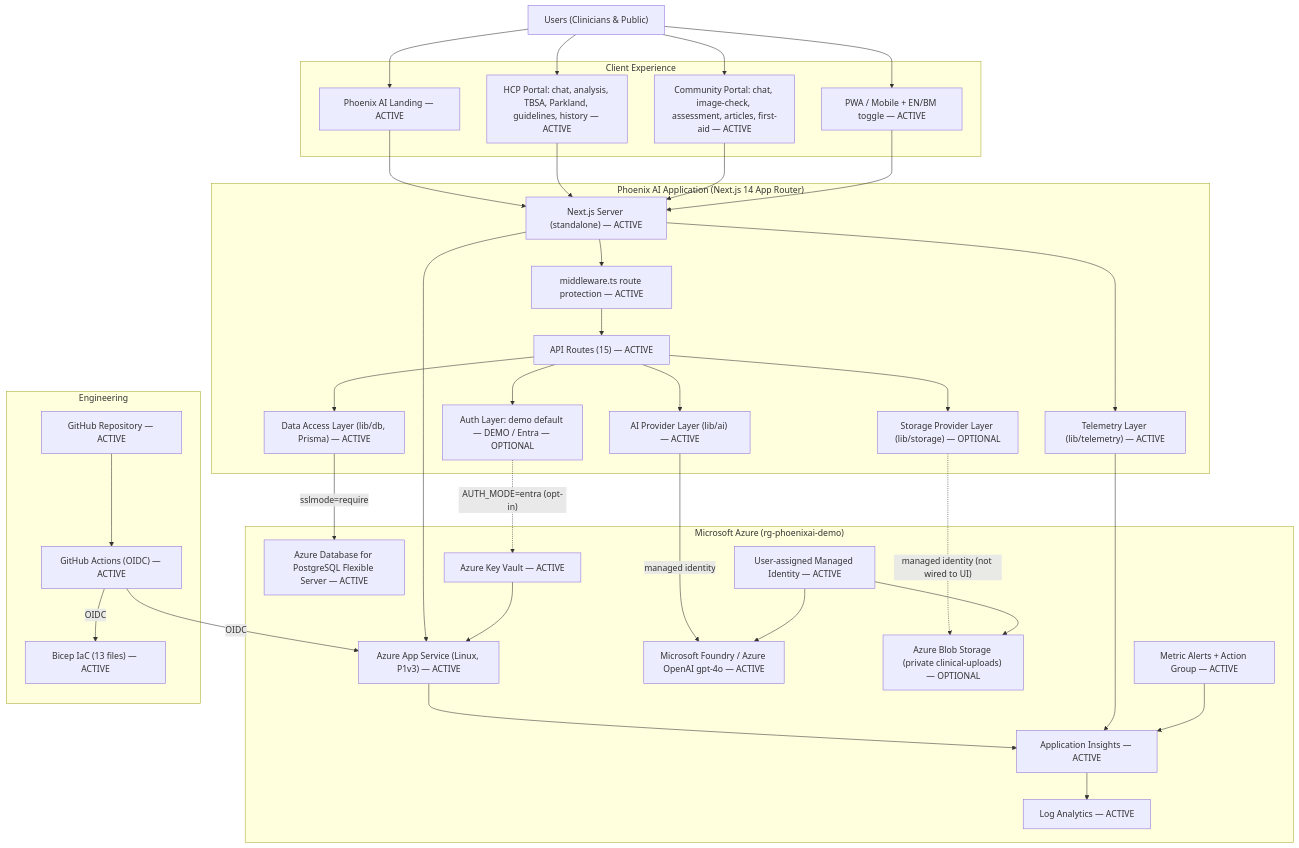
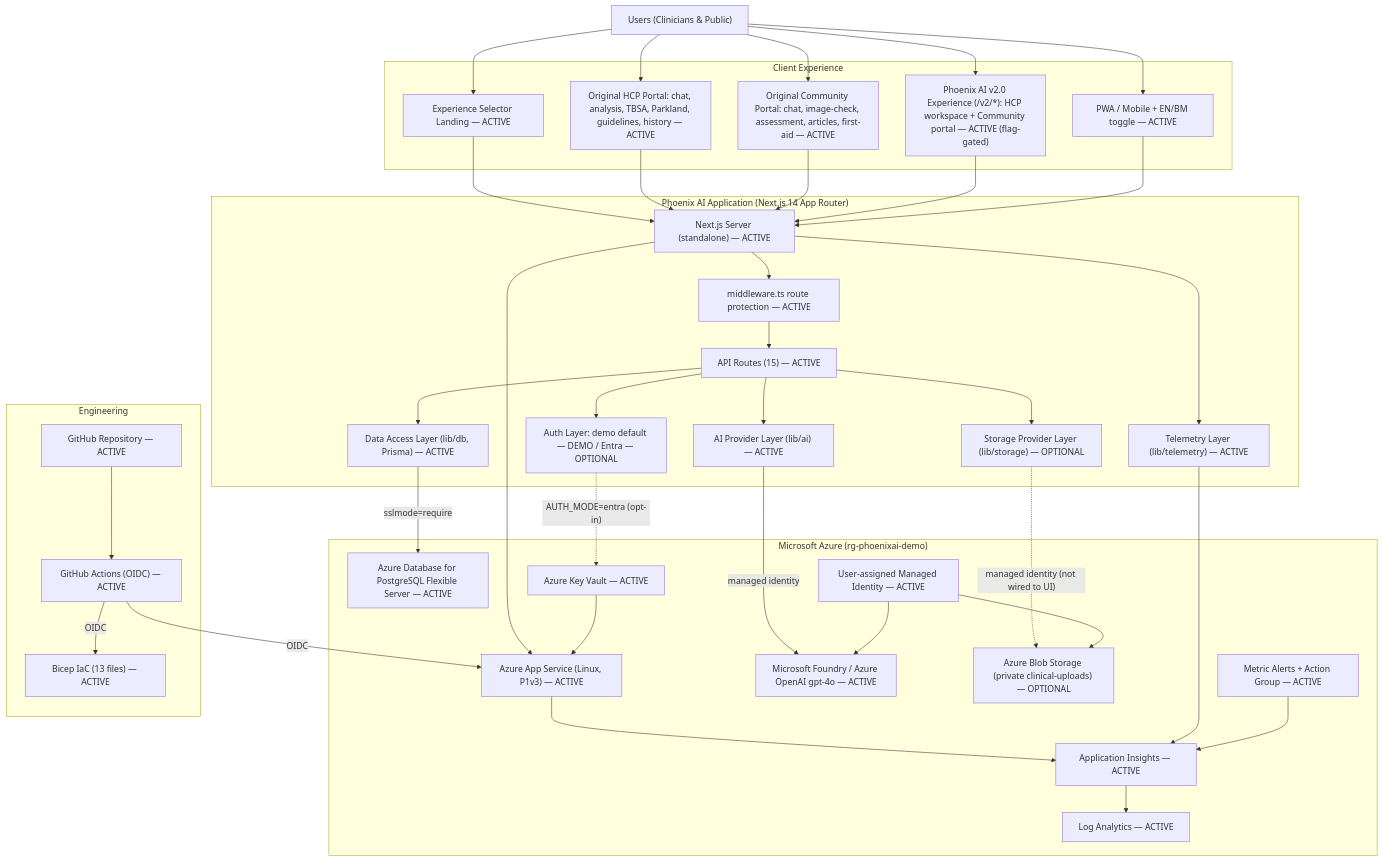
Before and after one commit to polyfuze4336-bot/phoenix-ai-azure: the diagram in docs/architecture/diagrams/current-architecture.mmd, drawn with Mermaid. The commit also changed 64 other files, not shown here.

Commit message:
feat: introduce Phoenix AI v2 enhanced experience while preserving original

```diff
--- a/docs/architecture/diagrams/current-architecture.mmd
+++ b/docs/architecture/diagrams/current-architecture.mmd
@@ -1,78 +1,81 @@
 %% Phoenix AI — Current (AS-IS) high-level architecture
 %% Source of truth: repository at HEAD + live Azure environment (rg-phoenixai-demo, southeastasia).
 %% Annotations: ACTIVE = implemented & in use, DEMO = mock/fictional, OPTIONAL = configured but not wired to UI,
 %% LEGACY = retained-for-parity/not runtime, PLANNED = not implemented.
 flowchart TB
     Users["Users (Clinicians & Public)"]
 
     subgraph CLIENT["Client Experience"]
-        Landing["Phoenix AI Landing — ACTIVE"]
-        HCP["HCP Portal: chat, analysis, TBSA, Parkland, guidelines, history — ACTIVE"]
-        Community["Community Portal: chat, image-check, assessment, articles, first-aid — ACTIVE"]
+        Landing["Experience Selector Landing — ACTIVE"]
+        HCP["Original HCP Portal: chat, analysis, TBSA, Parkland, guidelines, history — ACTIVE"]
+        Community["Original Community Portal: chat, image-check, assessment, articles, first-aid — ACTIVE"]
+        V2["Phoenix AI v2.0 Experience (/v2/*): HCP workspace + Community portal — ACTIVE (flag-gated)"]
         PWA["PWA / Mobile + EN/BM toggle — ACTIVE"]
     end
 
     subgraph APP["Phoenix AI Application (Next.js 14 App Router)"]
         Next["Next.js Server (standalone) — ACTIVE"]
         MW["middleware.ts route protection — ACTIVE"]
         API["API Routes (15) — ACTIVE"]
         Auth["Auth Layer: demo default — DEMO / Entra — OPTIONAL"]
         AIProvider["AI Provider Layer (lib/ai) — ACTIVE"]
         Data["Data Access Layer (lib/db, Prisma) — ACTIVE"]
         Storage["Storage Provider Layer (lib/storage) — OPTIONAL"]
         Telemetry["Telemetry Layer (lib/telemetry) — ACTIVE"]
     end
 
     subgraph AZURE["Microsoft Azure (rg-phoenixai-demo)"]
         AppService["Azure App Service (Linux, P1v3) — ACTIVE"]
         Foundry["Microsoft Foundry / Azure OpenAI gpt-4o — ACTIVE"]
         PostgreSQL["Azure Database for PostgreSQL Flexible Server — ACTIVE"]
         Blob["Azure Blob Storage (private clinical-uploads) — OPTIONAL"]
         KV["Azure Key Vault — ACTIVE"]
         MI["User-assigned Managed Identity — ACTIVE"]
         Insights["Application Insights — ACTIVE"]
         Logs["Log Analytics — ACTIVE"]
         Alerts["Metric Alerts + Action Group — ACTIVE"]
     end
 
     subgraph DEVOPS["Engineering"]
         GitHub["GitHub Repository — ACTIVE"]
         Actions["GitHub Actions (OIDC) — ACTIVE"]
         Bicep["Bicep IaC (13 files) — ACTIVE"]
     end
 
     Users --> Landing
     Users --> HCP
     Users --> Community
+    Users --> V2
     Users --> PWA
 
     Landing --> Next
     HCP --> Next
     Community --> Next
+    V2 --> Next
     PWA --> Next
 
     Next --> MW
     MW --> API
     API --> Auth
     API --> AIProvider
     API --> Data
     API --> Storage
     Next --> Telemetry
 
     AIProvider -->|"managed identity"| Foundry
     Data -->|"sslmode=require"| PostgreSQL
     Storage -.->|"managed identity (not wired to UI)"| Blob
     Auth -.->|"AUTH_MODE=entra (opt-in)"| KV
 
     Next --> AppService
     AppService --> Insights
     Telemetry --> Insights
     Insights --> Logs
     Alerts --> Insights
     KV --> AppService
     MI --> Foundry
     MI --> Blob
 
     GitHub --> Actions
     Actions -->|"OIDC"| Bicep
     Actions -->|"OIDC"| AppService
```
